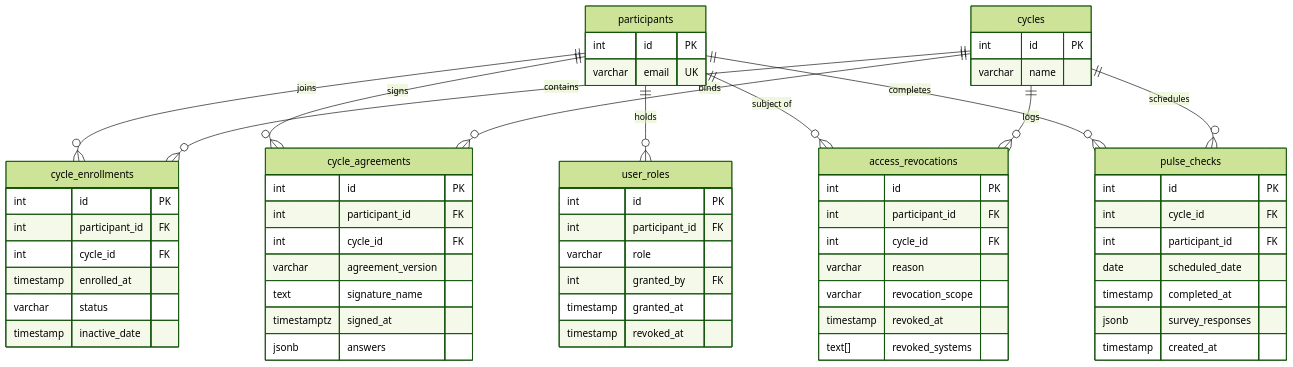
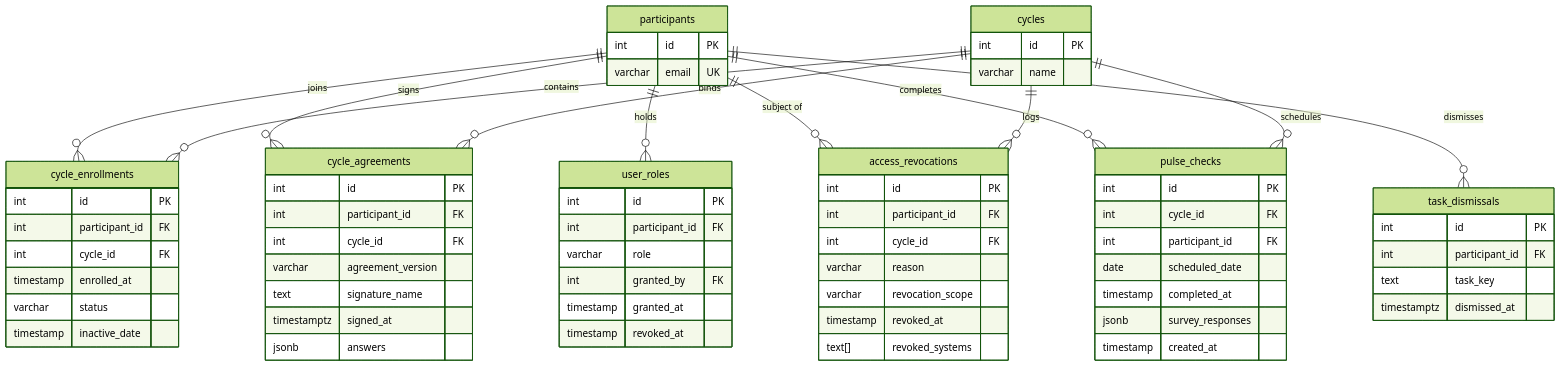
The third of 9 diagrams in SCHEMA.md (TheUpskillingLabs/OLOS), drawn with Mermaid (forest theme) before and after one commit. The commit also changed other lines of this file and 7 other files, not shown here.

First line of the commit message:
Add task_dismissals storage, dismiss API, and the canonical cycle-window registry

````diff
--- a/SCHEMA.md
+++ b/SCHEMA.md
@@ -213,70 +213,78 @@
 ```mermaid
 erDiagram
     participants {
         int id PK
         varchar email UK
     }
 
     cycles {
         int id PK
         varchar name
     }
 
     cycle_enrollments {
         int id PK
         int participant_id FK
         int cycle_id FK
         timestamp enrolled_at
         varchar status
         timestamp inactive_date
     }
 
     cycle_agreements {
         int id PK
         int participant_id FK
         int cycle_id FK
         varchar agreement_version
         text signature_name
         timestamptz signed_at
         jsonb answers
     }
 
     user_roles {
         int id PK
         int participant_id FK
         varchar role
         int granted_by FK
         timestamp granted_at
         timestamp revoked_at
     }
 
     access_revocations {
         int id PK
         int participant_id FK
         int cycle_id FK
         varchar reason
         varchar revocation_scope
         timestamp revoked_at
         text[] revoked_systems
     }
 
     pulse_checks {
         int id PK
         int cycle_id FK
         int participant_id FK
         date scheduled_date
         timestamp completed_at
         jsonb survey_responses
         timestamp created_at
     }
 
+    task_dismissals {
+        int id PK
+        int participant_id FK
+        text task_key
+        timestamptz dismissed_at
+    }
+
     participants ||--o{ cycle_enrollments : "joins"
     cycles ||--o{ cycle_enrollments : "contains"
     participants ||--o{ cycle_agreements : "signs"
     cycles ||--o{ cycle_agreements : "binds"
     participants ||--o{ user_roles : "holds"
     participants ||--o{ access_revocations : "subject of"
     cycles ||--o{ access_revocations : "logs"
     participants ||--o{ pulse_checks : "completes"
     cycles ||--o{ pulse_checks : "schedules"
+    participants ||--o{ task_dismissals : "dismisses"
 ```
````
